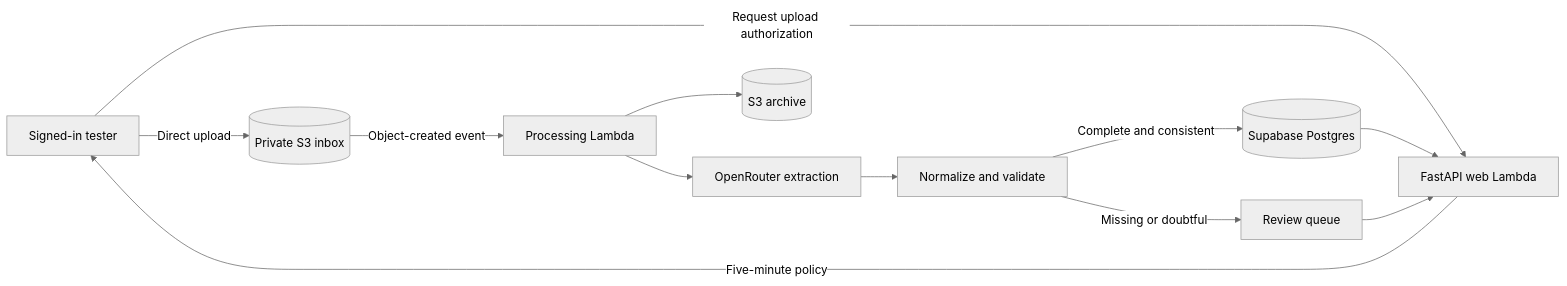
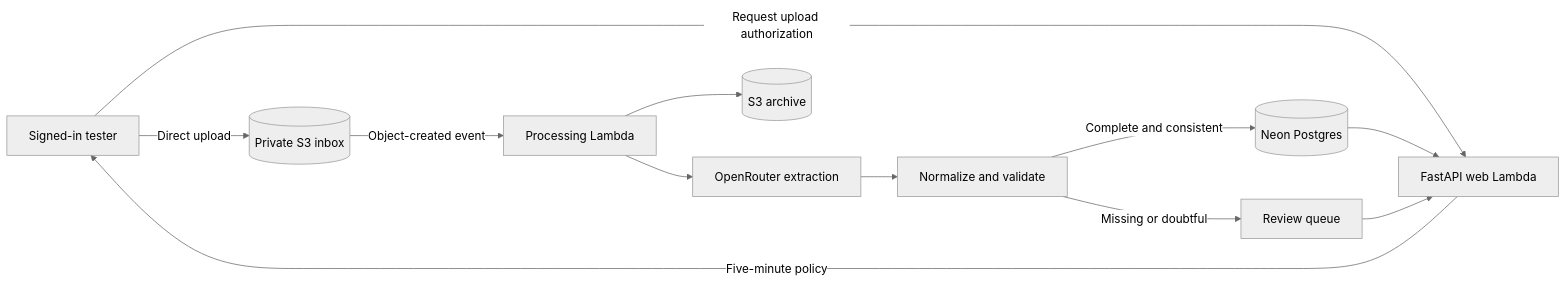
The diagram in README.md (atikulmunna/visual-invoice-processor), drawn with Mermaid (neutral theme) before and after one commit. The commit also changed other lines of this file and 3 other files, not shown here.

First line of the commit message:
Move the database to Neon and retire the Supabase keepalive

````diff
--- a/README.md
+++ b/README.md
@@ -36,14 +36,14 @@
 ```mermaid
 flowchart LR
     USER[Signed-in tester] -->|Request upload authorization| WEB[FastAPI web Lambda]
     WEB -->|Five-minute policy| USER
     USER -->|Direct upload| INBOX[(Private S3 inbox)]
     INBOX -->|Object-created event| WORKER[Processing Lambda]
     WORKER --> EXTRACT[OpenRouter extraction]
     EXTRACT --> NORMALIZE[Normalize and validate]
-    NORMALIZE -->|Complete and consistent| DB[(Supabase Postgres)]
+    NORMALIZE -->|Complete and consistent| DB[(Neon Postgres)]
     NORMALIZE -->|Missing or doubtful| REVIEW[Review queue]
     WORKER --> ARCHIVE[(S3 archive)]
     DB --> WEB
     REVIEW --> WEB
 ```
````
